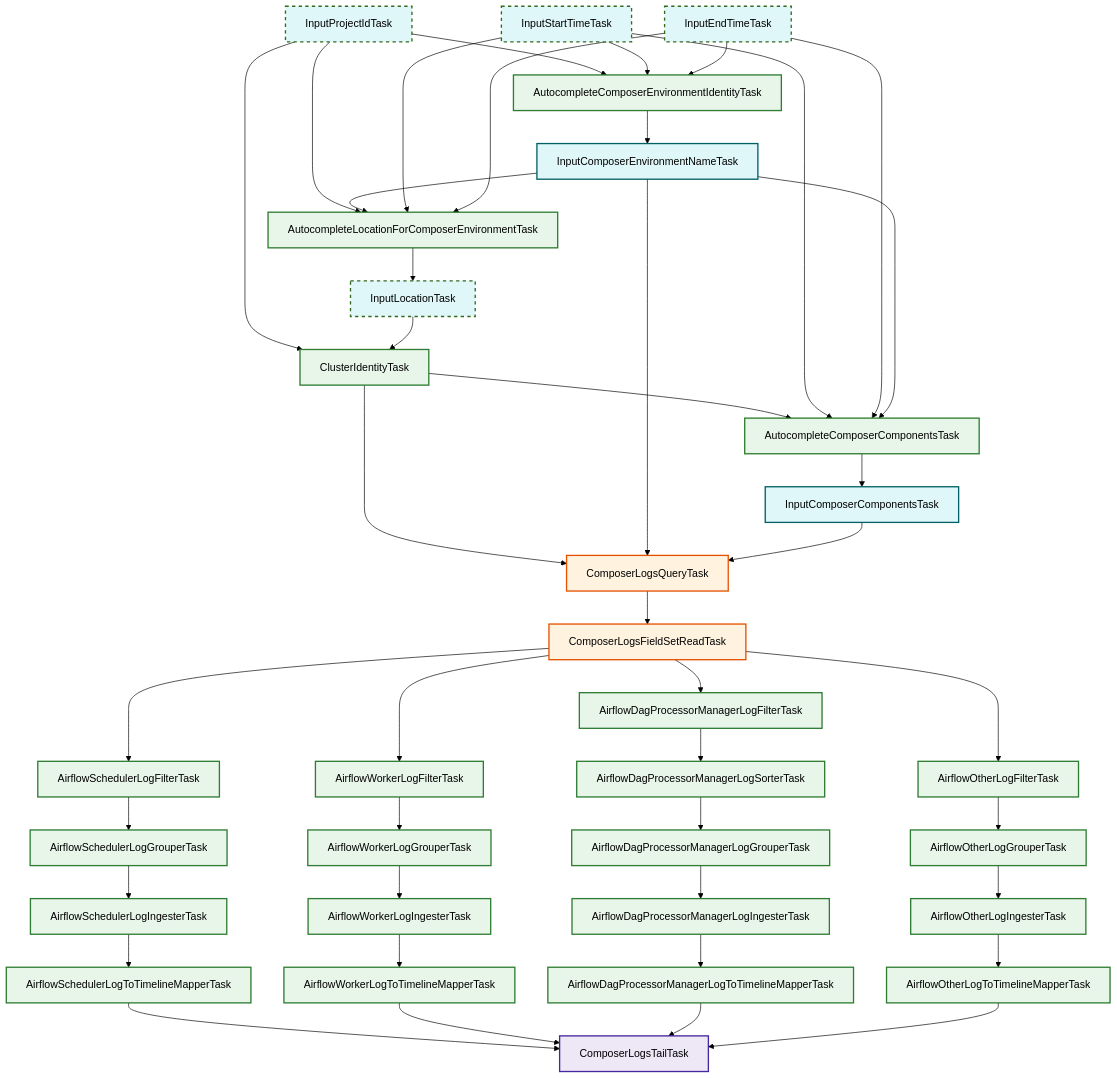
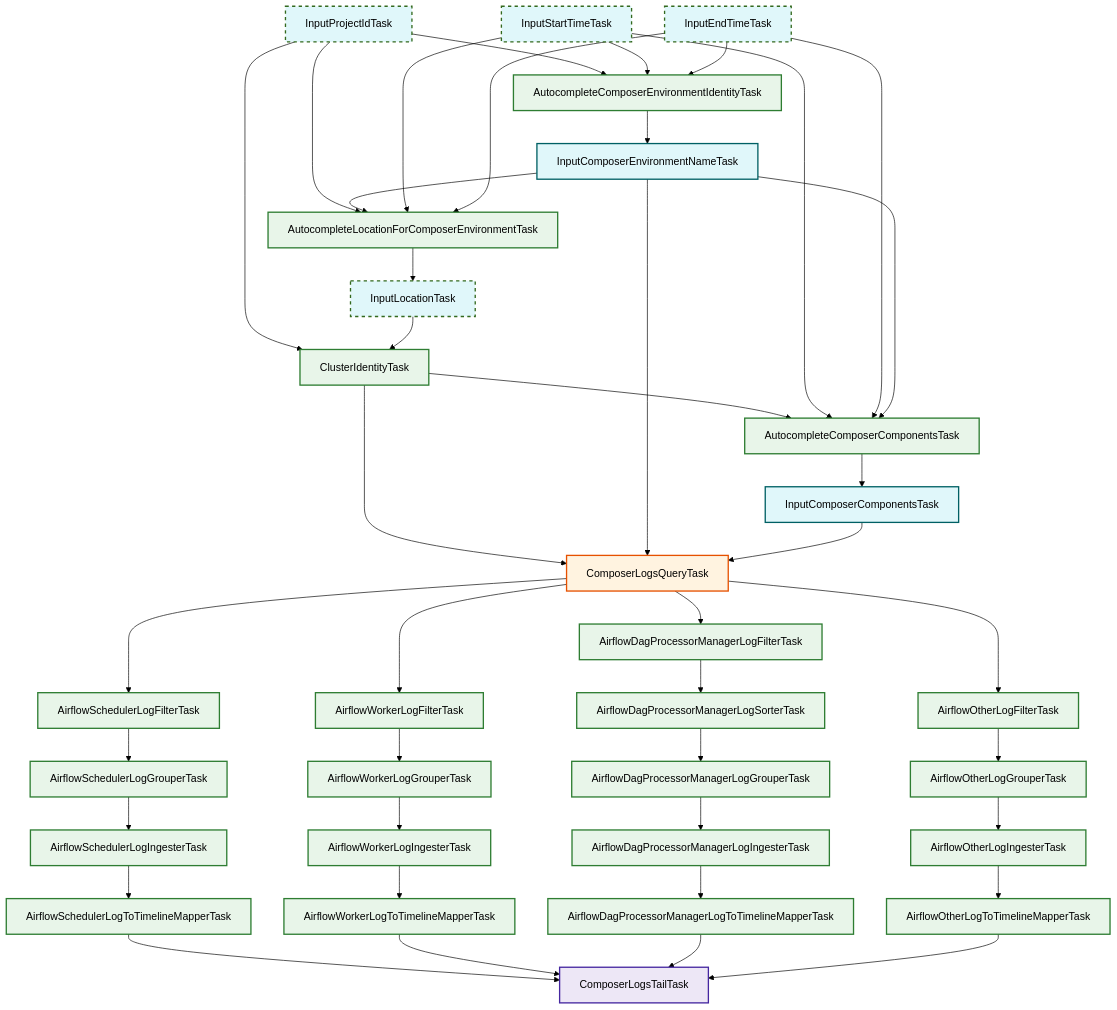
Before and after one commit to kyasbal/khi: the diagram in pkg/task/inspection/googlecloudclustercomposer/README.md, drawn with Mermaid (forest theme). The commit also changed other lines of this file and 291 other files, not shown here.

First line of the commit message:
refactor(structured,parsers): optimize log parsing with FieldPath interning and Extractor pattern (#928)

```diff
--- a/pkg/task/inspection/googlecloudclustercomposer/README.md
+++ b/pkg/task/inspection/googlecloudclustercomposer/README.md
@@ -103,26 +102,24 @@
     EnvInput --> LogQuery
     CompInput --> LogQuery
 
-    LogQuery --> FieldSetRead[ComposerLogsFieldSetReadTask]:::query
-
     %% Pipelines
-    FieldSetRead --> SchedFilter[AirflowSchedulerLogFilterTask]:::pipeline
+    LogQuery --> SchedFilter[AirflowSchedulerLogFilterTask]:::pipeline
     SchedFilter --> SchedGrouper[AirflowSchedulerLogGrouperTask]:::pipeline
     SchedGrouper --> SchedIngester[AirflowSchedulerLogIngesterTask]:::pipeline
     SchedIngester --> SchedMapper[AirflowSchedulerLogToTimelineMapperTask]:::pipeline
 
-    FieldSetRead --> WorkFilter[AirflowWorkerLogFilterTask]:::pipeline
+    LogQuery --> WorkFilter[AirflowWorkerLogFilterTask]:::pipeline
     WorkFilter --> WorkGrouper[AirflowWorkerLogGrouperTask]:::pipeline
     WorkGrouper --> WorkIngester[AirflowWorkerLogIngesterTask]:::pipeline
     WorkIngester --> WorkMapper[AirflowWorkerLogToTimelineMapperTask]:::pipeline
 
-    FieldSetRead --> DpmFilter[AirflowDagProcessorManagerLogFilterTask]:::pipeline
+    LogQuery --> DpmFilter[AirflowDagProcessorManagerLogFilterTask]:::pipeline
     DpmFilter --> DpmSorter[AirflowDagProcessorManagerLogSorterTask]:::pipeline
     DpmSorter --> DpmGrouper[AirflowDagProcessorManagerLogGrouperTask]:::pipeline
     DpmGrouper --> DpmIngester[AirflowDagProcessorManagerLogIngesterTask]:::pipeline
     DpmIngester --> DpmMapper[AirflowDagProcessorManagerLogToTimelineMapperTask]:::pipeline
 
-    FieldSetRead --> OtherFilter[AirflowOtherLogFilterTask]:::pipeline
+    LogQuery --> OtherFilter[AirflowOtherLogFilterTask]:::pipeline
     OtherFilter --> OtherGrouper[AirflowOtherLogGrouperTask]:::pipeline
     OtherGrouper --> OtherIngester[AirflowOtherLogIngesterTask]:::pipeline
     OtherIngester --> OtherMapper[AirflowOtherLogToTimelineMapperTask]:::pipeline
```
